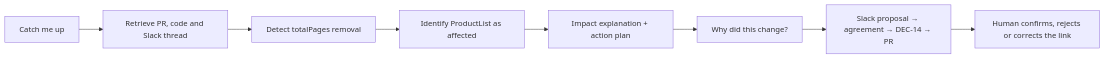
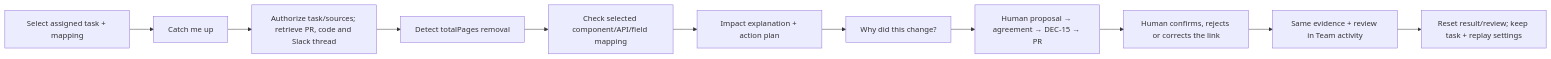
One commit to aditya1165/InSync changed the second of 3 diagrams in docs/ARCHITECTURE.md. Above: the diagram before and after it, drawn with Mermaid. The commit also changed other lines of this file and 18 other files, not shown here.

````diff
--- a/docs/ARCHITECTURE.md
+++ b/docs/ARCHITECTURE.md
@@ -65,10 +68,13 @@
 ```mermaid
 flowchart LR
-    A["Catch me up"] --> B["Retrieve PR, code and Slack thread"]
+    TASK["Select assigned task + mapping"] --> A["Catch me up"]
+    A --> B["Authorize task/sources; retrieve PR, code and Slack thread"]
     B --> C["Detect totalPages removal"]
-    C --> D["Identify ProductList as affected"]
+    C --> D["Check selected component/API/field mapping"]
     D --> E["Impact explanation + action plan"]
     E --> F["Why did this change?"]
-    F --> G["Slack proposal → agreement → DEC-14 → PR"]
+    F --> G["Human proposal → agreement → DEC-15 → PR"]
     G --> H["Human confirms, rejects or corrects the link"]
+    H --> FEED["Same evidence + review in Team activity"]
+    FEED --> RESET["Reset result/review; keep task + replay settings"]
 ```
````
